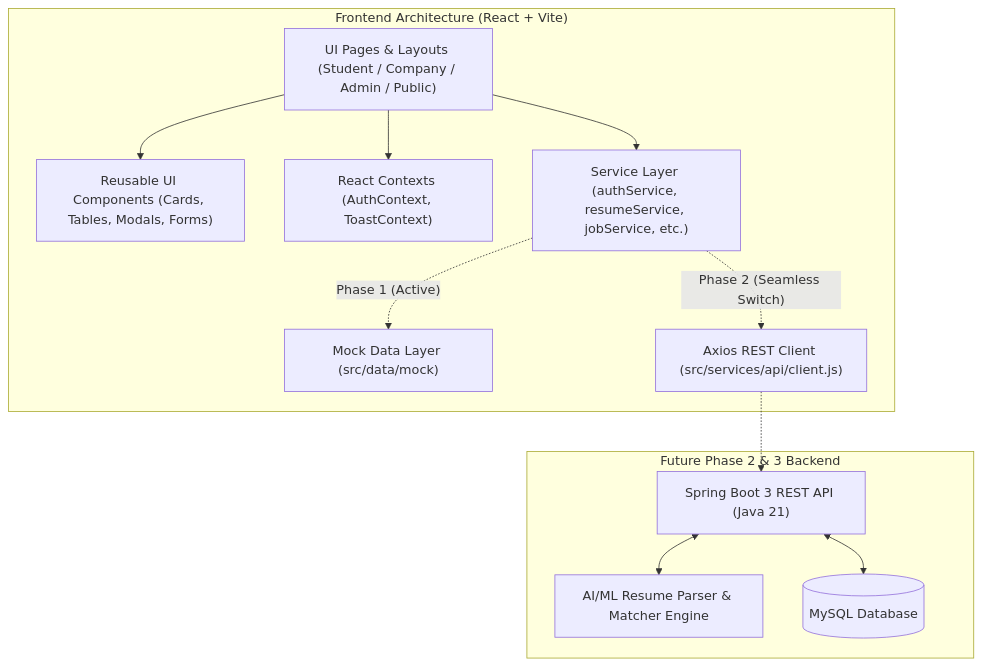
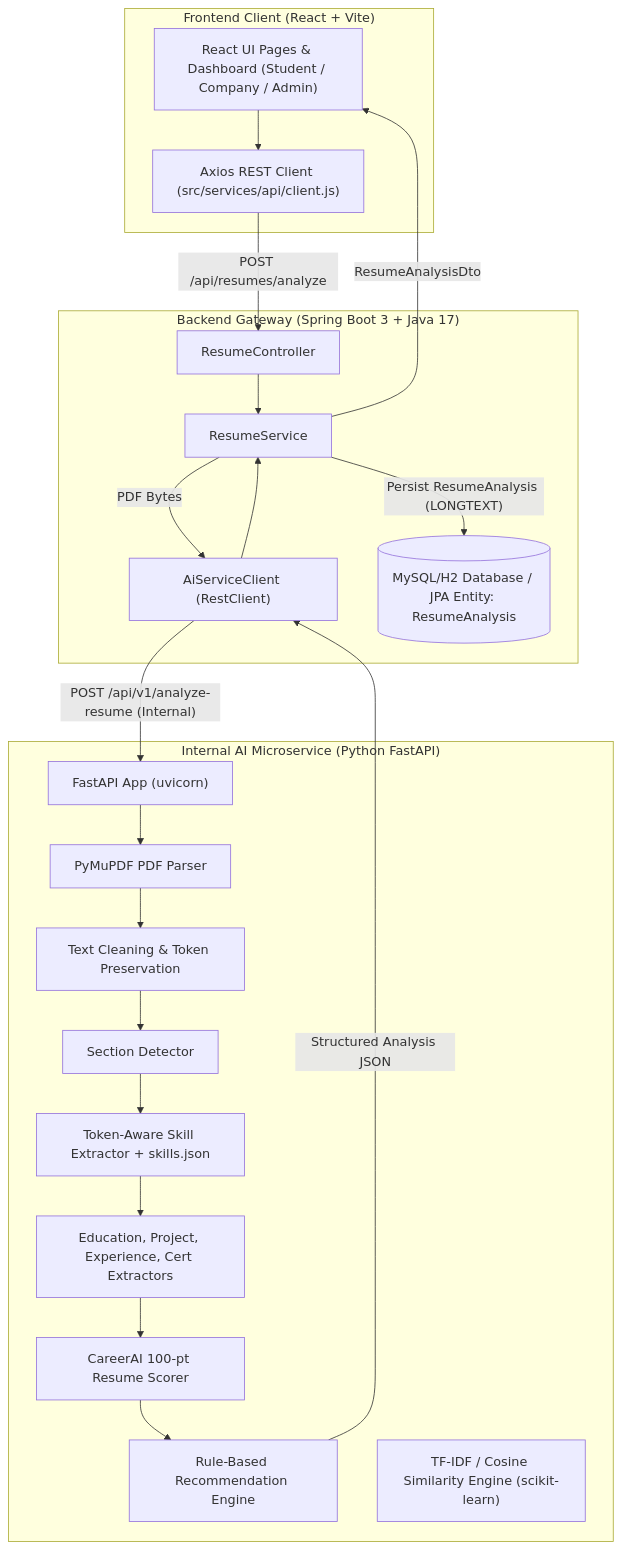
The diagram in ARCHITECTURE.md (Ashish027633/CareerAI), drawn with Mermaid before and after one commit. The commit also changed other lines of this file and 90 other files, not shown here.

````diff
--- a/ARCHITECTURE.md
+++ b/ARCHITECTURE.md
@@ -6,26 +6,43 @@
 ```mermaid
 flowchart TD
-    subgraph Client ["Frontend Architecture (React + Vite)"]
-        UI["UI Pages & Layouts (Student / Company / Admin / Public)"]
-        Components["Reusable UI Components (Cards, Tables, Modals, Forms)"]
-        Context["React Contexts (AuthContext, ToastContext)"]
-        Services["Service Layer (authService, resumeService, jobService, etc.)"]
-        Mock["Mock Data Layer (src/data/mock)"]
-        Axios["Axios REST Client (src/services/api/client.js)"]
+    subgraph Client ["Frontend Client (React + Vite)"]
+        ReactUI["React UI Pages & Dashboard (Student / Company / Admin)"]
+        AxiosClient["Axios REST Client (src/services/api/client.js)"]
     end
 
-    subgraph FutureBackend ["Future Phase 2 & 3 Backend"]
-        SpringBoot["Spring Boot 3 REST API (Java 21)"]
-        AIML["AI/ML Resume Parser & Matcher Engine"]
-        DB[(MySQL Database)]
+    subgraph Backend ["Backend Gateway (Spring Boot 3 + Java 17)"]
+        ResumeCtrl["ResumeController"]
+        ResumeSvc["ResumeService"]
+        AiClient["AiServiceClient (RestClient)"]
+        DB[(MySQL/H2 Database / JPA Entity: ResumeAnalysis)]
     end
 
-    UI --> Components
-    UI --> Context
-    UI --> Services
-    Services -.->|"Phase 1 (Active)"| Mock
-    Services -.->|"Phase 2 (Seamless Switch)"| Axios
-    Axios -.-> SpringBoot
-    SpringBoot <--> DB
-    SpringBoot <--> AIML
+    subgraph AIService ["Internal AI Microservice (Python FastAPI)"]
+        FastAPI["FastAPI App (uvicorn)"]
+        PDFParser["PyMuPDF PDF Parser"]
+        CleanEngine["Text Cleaning & Token Preservation"]
+        SecDetector["Section Detector"]
+        SkillExtractor["Token-Aware Skill Extractor + skills.json"]
+        EduExpExtractor["Education, Project, Experience, Cert Extractors"]
+        Scorer["CareerAI 100-pt Resume Scorer"]
+        RecEngine["Rule-Based Recommendation Engine"]
+        JobMatcher["TF-IDF / Cosine Similarity Engine (scikit-learn)"]
+    end
+
+    ReactUI --> AxiosClient
+    AxiosClient -->|"POST /api/resumes/analyze"| ResumeCtrl
+    ResumeCtrl --> ResumeSvc
+    ResumeSvc -->|"PDF Bytes"| AiClient
+    AiClient -->|"POST /api/v1/analyze-resume (Internal)"| FastAPI
+    FastAPI --> PDFParser
+    PDFParser --> CleanEngine
+    CleanEngine --> SecDetector
+    SecDetector --> SkillExtractor
+    SkillExtractor --> EduExpExtractor
+    EduExpExtractor --> Scorer
+    Scorer --> RecEngine
+    RecEngine -->|"Structured Analysis JSON"| AiClient
+    AiClient --> ResumeSvc
+    ResumeSvc -->|"Persist ResumeAnalysis (LONGTEXT)"| DB
+    ResumeSvc -->|"ResumeAnalysisDto"| ReactUI
 ```
````
